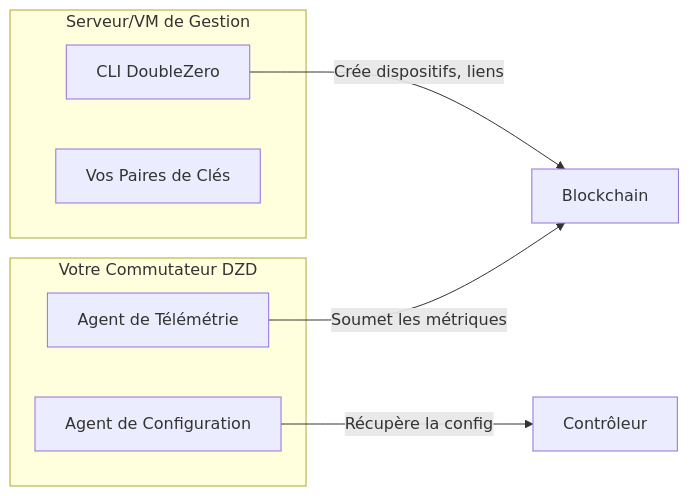
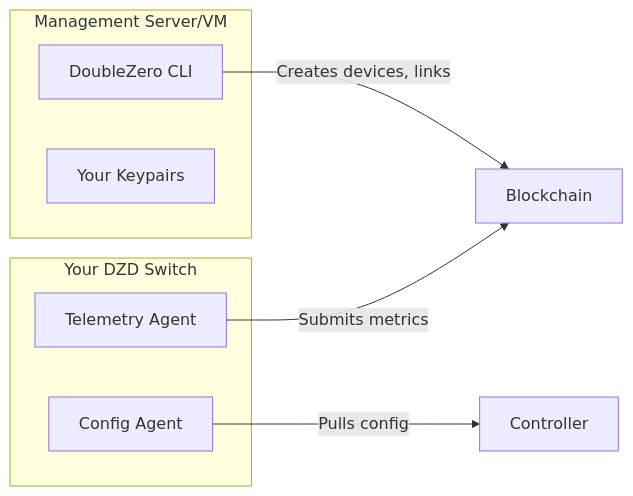
One commit to malbeclabs/docs changed the third of 13 diagrams in docs/contribute-provisioning.fr.md. Above: the diagram before and after it, drawn with Mermaid. The commit also changed other lines of this file and 160 other files, not shown here.

````diff
--- a/docs/contribute-provisioning.fr.md
+++ b/docs/contribute-provisioning.fr.md
@@ -134,16 +173,16 @@
     ```mermaid
     flowchart LR
-        subgraph "Serveur/VM de Gestion"
-            CLI[CLI DoubleZero]
-            KEYS[Vos Paires de Clés]
+        subgraph "Management Server/VM"
+            CLI[DoubleZero CLI]
+            KEYS[Your Keypairs]
         end
 
-        subgraph "Votre Commutateur DZD"
-            CA[Agent de Configuration]
-            TA[Agent de Télémétrie]
+        subgraph "Your DZD Switch"
+            CA[Config Agent]
+            TA[Telemetry Agent]
         end
 
-        CLI -->|Crée dispositifs, liens| BC[Blockchain]
-        CA -->|Récupère la config| CTRL[Contrôleur]
-        TA -->|Soumet les métriques| BC
+        CLI -->|Creates devices, links| BC[Blockchain]
+        CA -->|Pulls config| CTRL[Controller]
+        TA -->|Submits metrics| BC
     ```
````
